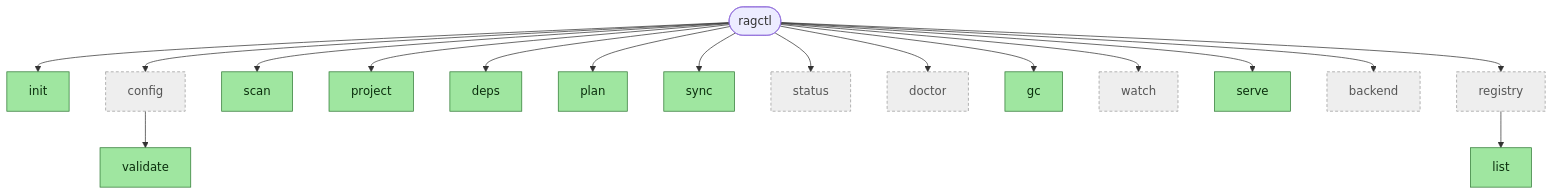
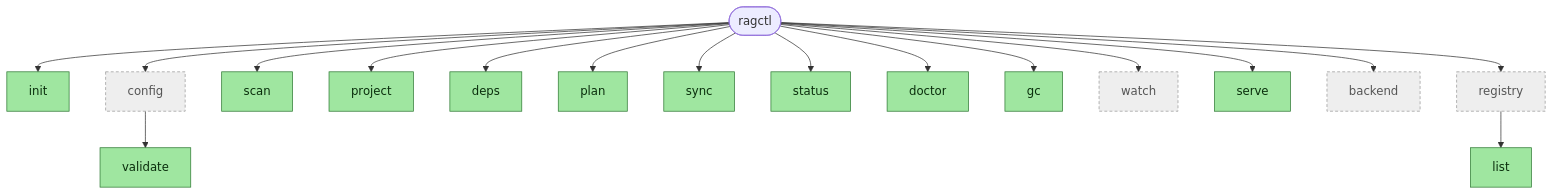
Before and after one commit to aleutian-ai/depctl: the first of 10 diagrams in docs/architecture.md, drawn with Mermaid. The commit also changed other lines of this file and 24 other files, not shown here.

````diff
--- a/docs/architecture.md
+++ b/docs/architecture.md
@@ -65,26 +65,26 @@
 ```mermaid
 graph TD
     root(["ragctl"])
     root --> init["init"]
     root --> configCmd["config"]
     configCmd --> validate["validate"]
     root --> scan["scan"]
     root --> project["project"]
     root --> deps["deps"]
     root --> plan["plan"]
     root --> sync["sync"]
     root --> status["status"]
     root --> doctor["doctor"]
     root --> gc["gc"]
     root --> watch["watch"]
     root --> serve["serve"]
     root --> backend["backend"]
     root --> registryCmd["registry"]
     registryCmd --> registryList["list"]
 
     classDef implemented fill:#9fe6a0,stroke:#2f7a34,color:#0a2e0c;
     classDef stub fill:#eee,stroke:#999,color:#555,stroke-dasharray: 4 3;
 
-    class init,validate,scan,project,deps,plan,sync,gc,serve,registryList implemented
-    class configCmd,status,doctor,watch,backend,registryCmd stub
+    class init,validate,scan,project,deps,plan,sync,status,doctor,gc,serve,registryList implemented
+    class configCmd,watch,backend,registryCmd stub
 ```
````
